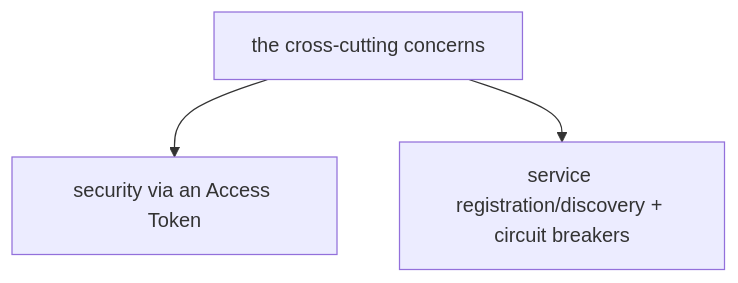
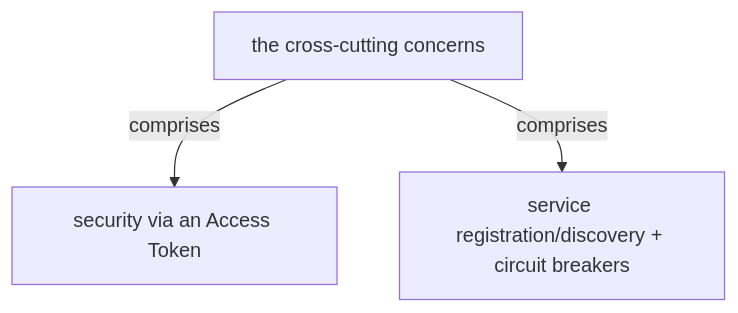
The seventh of 13 diagrams in docs/ch30-microservice-chassis.md (vinayakuber/microservices-io-study-guide), drawn with Mermaid before and after one commit. The commit also changed other lines of this file and 71 other files, not shown here.

First line of the commit message:
R18: label every diagram arrow with its meaning

````diff
--- a/docs/ch30-microservice-chassis.md
+++ b/docs/ch30-microservice-chassis.md
@@ -246,6 +246,6 @@
 ```mermaid
 flowchart TD
   R["the cross-cutting concerns"]
-  R --> P0["security via an Access Token"]
-  R --> P1["service registration/discovery + circuit breakers"]
+  R -->|"comprises"| P0["security via an Access Token"]
+  R -->|"comprises"| P1["service registration/discovery + circuit breakers"]
 ```
````
